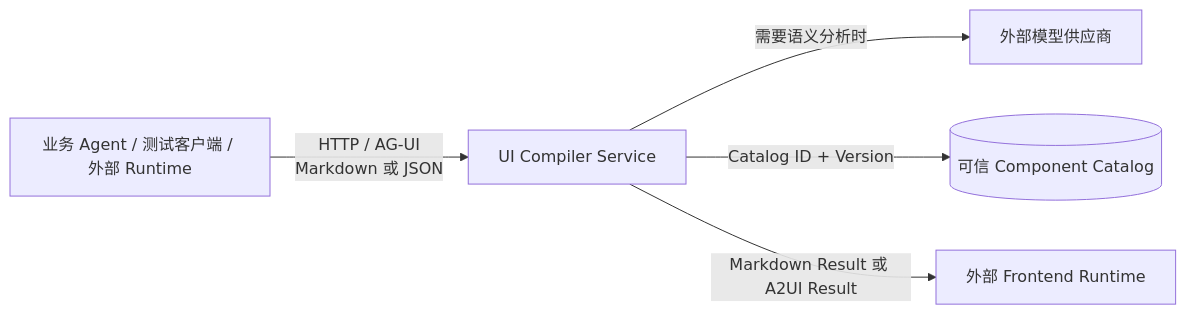
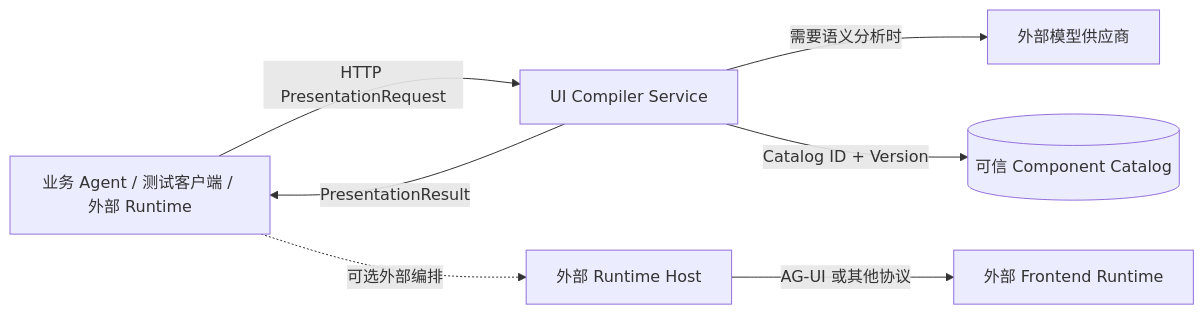
Before and after one commit to xiaoxiaoqian1217/generative-ui-platform: the first of 9 diagrams in docs/Generative_UI_Compiler_Design.md, drawn with Mermaid. The commit also changed other lines of this file and 6 other files, not shown here.

````diff
--- a/docs/Generative_UI_Compiler_Design.md
+++ b/docs/Generative_UI_Compiler_Design.md
@@ -136,13 +145,16 @@
 ```mermaid
 flowchart LR
     Caller[业务 Agent / 测试客户端 / 外部 Runtime]
     Service[UI Compiler Service]
     Model[外部模型供应商]
     Catalog[(可信 Component Catalog)]
+    Runtime[外部 Runtime Host]
     Frontend[外部 Frontend Runtime]
 
-    Caller -->|HTTP / AG-UI\nMarkdown 或 JSON| Service
+    Caller -->|HTTP PresentationRequest| Service
     Service -->|需要语义分析时| Model
     Service -->|Catalog ID + Version| Catalog
-    Service -->|Markdown Result 或 A2UI Result| Frontend
+    Service -->|PresentationResult| Caller
+    Caller -.->|可选外部编排| Runtime
+    Runtime -->|AG-UI 或其他协议| Frontend
 ```
````
